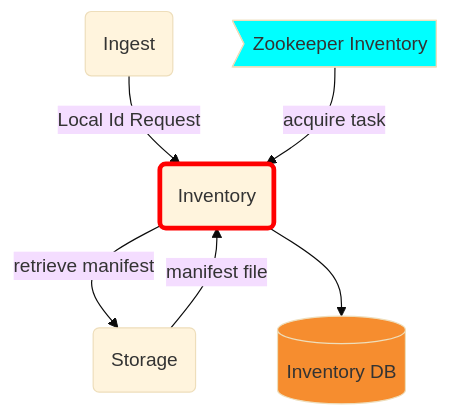
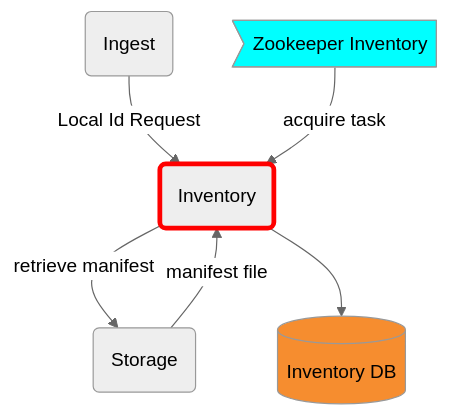
Before and after one commit to CDLUC3/mrt-doc: the diagram in diagrams/inventory.mmd, drawn with Mermaid. The commit also changed 38 other files, not shown here.

Commit message:
change base theme

```diff
--- a/diagrams/inventory.mmd
+++ b/diagrams/inventory.mmd
@@ -1,17 +1,17 @@
-%%{init: {'theme': 'base'}}%%
+%%{init: {'theme': 'neutral'}}%%
 graph TD
   ING(Ingest)
   ST(Storage)
   ZOOINV>Zookeeper Inventory]
   INV(Inventory)
   RDS[(Inventory DB)]
 
   ING --> |Local Id Request| INV
   ZOOINV --> |acquire task| INV
   INV --> |retrieve manifest| ST
   ST --> |manifest file| INV
   INV --> RDS
 
   style RDS fill:#F68D2F
   style ZOOINV fill:cyan
   style INV stroke:red,stroke-width:4px
```
